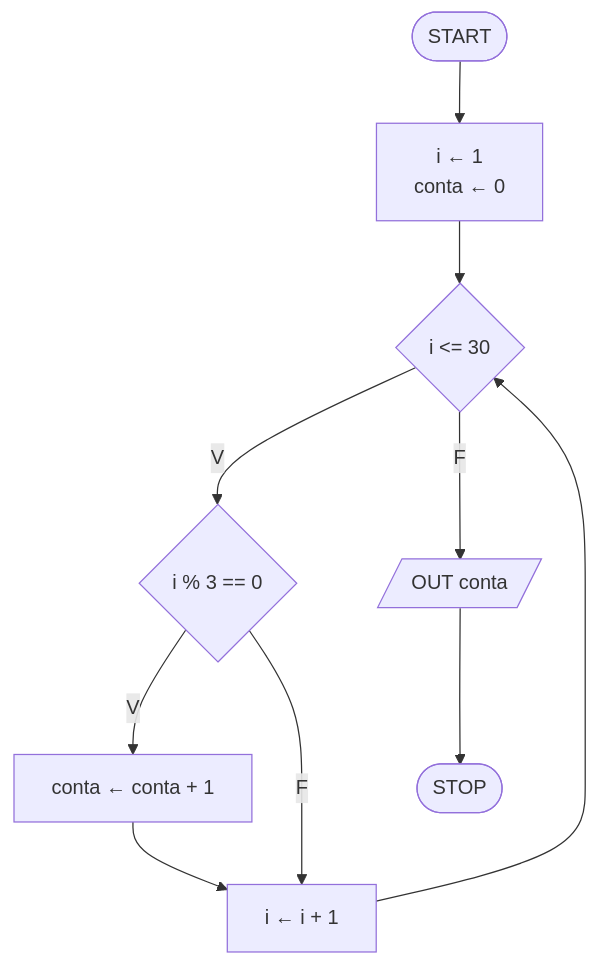
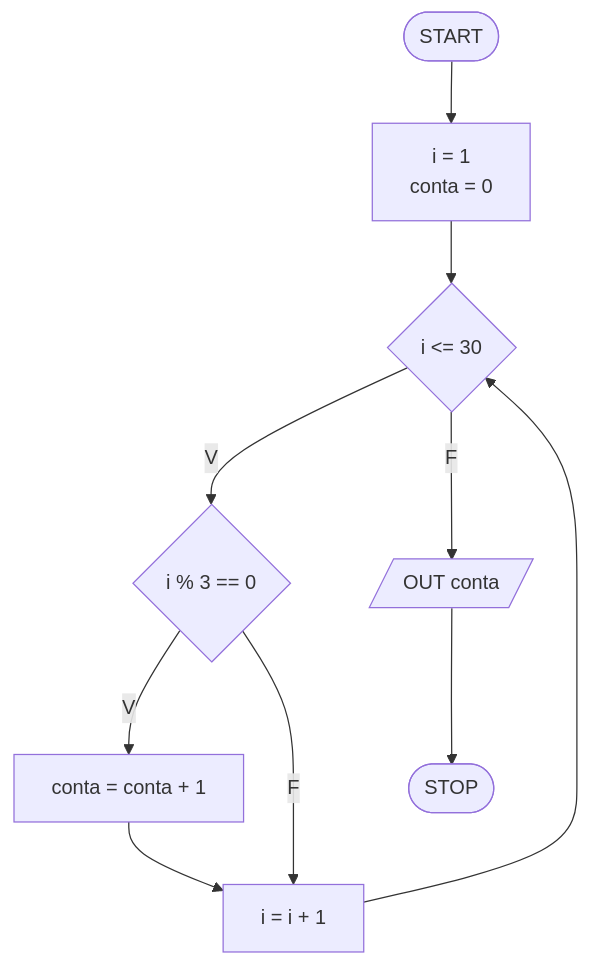
One commit to pg-laboratorio/flowcharts_laboratorio_esercizi changed diagram 21 of 28 in flowcharts_soluzioni.md. Above: the diagram before and after it, drawn with Mermaid. The commit also changed other lines of this file, not shown here.

````diff
--- a/flowcharts_soluzioni.md
+++ b/flowcharts_soluzioni.md
@@ -471,12 +471,12 @@
 ```mermaid
 graph TD
-    START([START]) --> INIT["i ← 1<br>conta ← 0"]
+    START([START]) --> INIT["i = 1<br>conta = 0"]
     INIT --> COND{"i <= 30"}
     COND -- V --> CHK{"i % 3 == 0"}
-    CHK -- V --> PROC["conta ← conta + 1"]
-    CHK -- F --> INC["i ← i + 1"]
+    CHK -- V --> PROC["conta = conta + 1"]
+    CHK -- F --> INC["i = i + 1"]
     PROC --> INC
     INC --> COND
     COND -- F --> OUTPUT[/"OUT conta"/]
     OUTPUT --> STOP([STOP])
 ```
````
